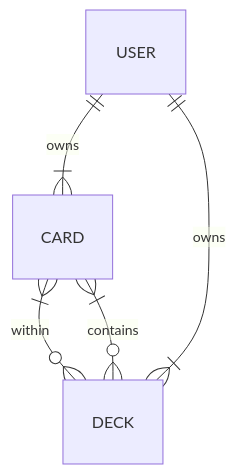
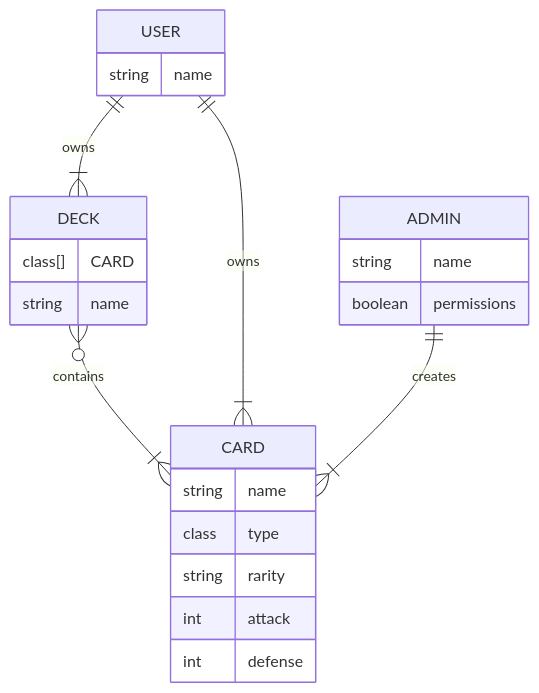
One commit to CannonWashington/git-practice-cannonwashington changed the first of 3 diagrams in Pokemon Card Assignment/README.md. Above: the diagram before and after it, drawn with Mermaid. The commit also changed other lines of this file, not shown here.

````diff
--- a/Pokemon Card Assignment/README.md
+++ b/Pokemon Card Assignment/README.md
@@ -1,9 +1,31 @@
 ```mermaid
 erDiagram
-    CARD }|--o{ DECK : within
+
     DECK }o--|{ CARD : contains
-    USER ||--|{ CARD : owns
+    USER ||-- |{ CARD : owns
     USER ||--|{ DECK : owns
+    ADMIN ||--|{ CARD : creates
     
     
+    CARD {
+        string name
+        class type
+        string rarity
+        int attack
+        int defense
+    }
+    DECK {
+        class[] CARD
+        string name
+        
+    }
+    USER {
+        string name
+        
+    }
+    ADMIN {
+        string name
+        boolean permissions
+        
+    }
 ```
````
